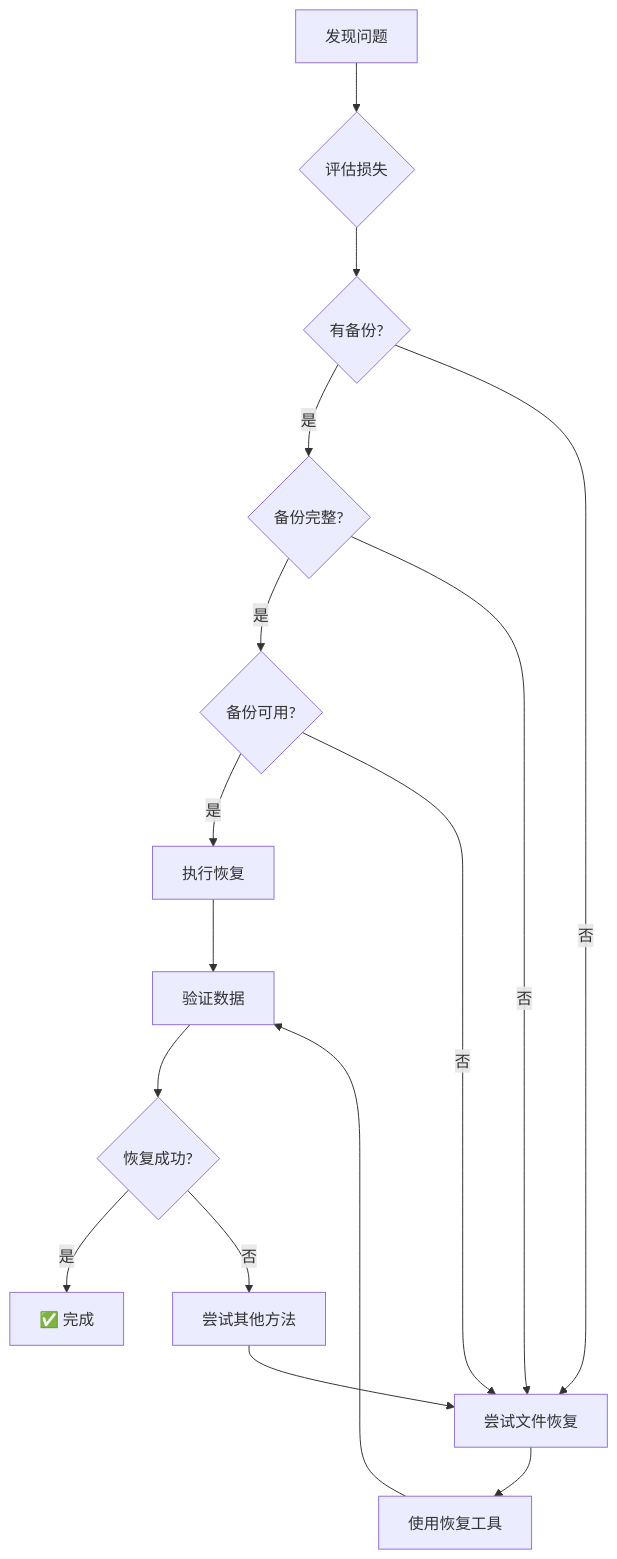
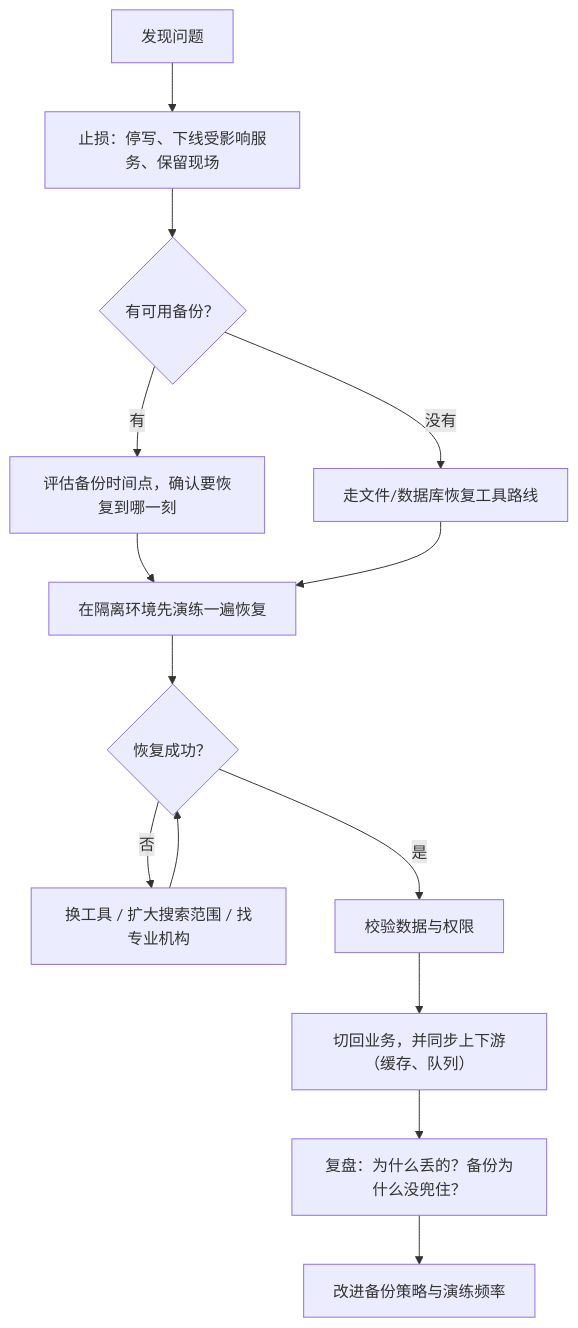
The sixth of 6 diagrams in content/linux/bak_recover/Chapter-60-Data-Recovery.md (before80/prgms), drawn with Mermaid before and after one commit. The commit also changed other lines of this file and 1645 other files, not shown here.

````diff
--- a/content/linux/bak_recover/Chapter-60-Data-Recovery.md
+++ b/content/linux/bak_recover/Chapter-60-Data-Recovery.md
@@ -739,18 +1216,16 @@
 ```mermaid
-graph TB
-    A[发现问题] --> B{评估损失}
-    B --> C{有备份?}
-    C -->|是| D{备份完整?}
-    C -->|否| E[尝试文件恢复]
-    D -->|是| F{备份可用?}
-    D -->|否| E
-    F -->|是| G[执行恢复]
-    F -->|否| E
-    E --> H[使用恢复工具]
-    G --> I[验证数据]
-    H --> I
-    I --> J{恢复成功?}
-    J -->|是| K[✅ 完成]
-    J -->|否| L[尝试其他方法]
-    L --> E
+flowchart TB
+    A["发现问题"] --> B["止损：停写、下线受影响服务、保留现场"]
+    B --> C{"有可用备份？"}
+    C -->|"有"| D["评估备份时间点，确认要恢复到哪一刻"]
+    C -->|"没有"| E["走文件/数据库恢复工具路线"]
+    D --> F["在隔离环境先演练一遍恢复"]
+    E --> F
+    F --> G{恢复成功？}
+    G -->|"否"| H["换工具 / 扩大搜索范围 / 找专业机构"]
+    H --> G
+    G -->|"是"| I["校验数据与权限"]
+    I --> J["切回业务，并同步上下游（缓存、队列）"]
+    J --> K["复盘：为什么丢的？备份为什么没兜住？"]
+    K --> L["改进备份策略与演练频率"]
 ```
````
